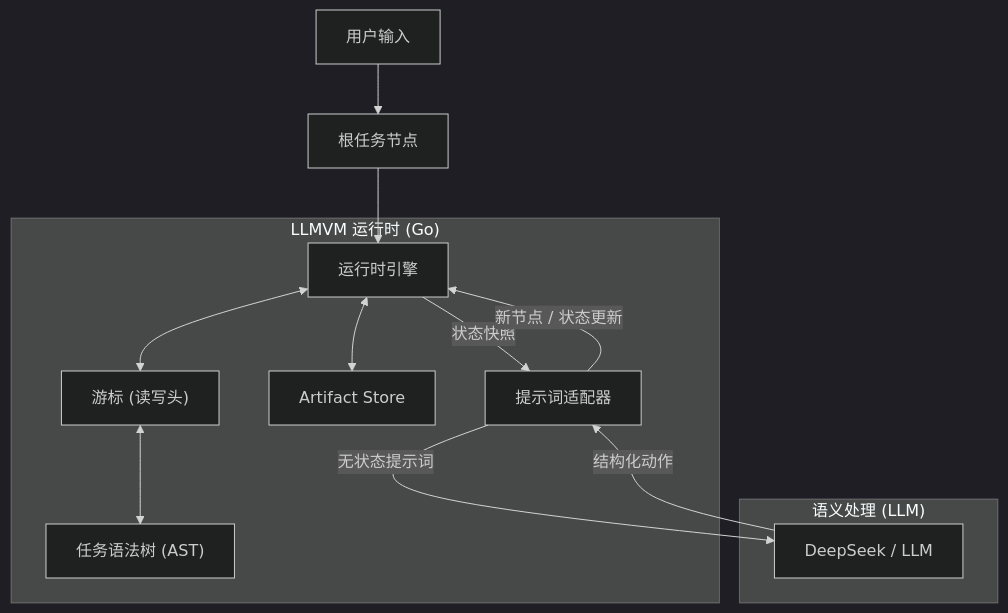
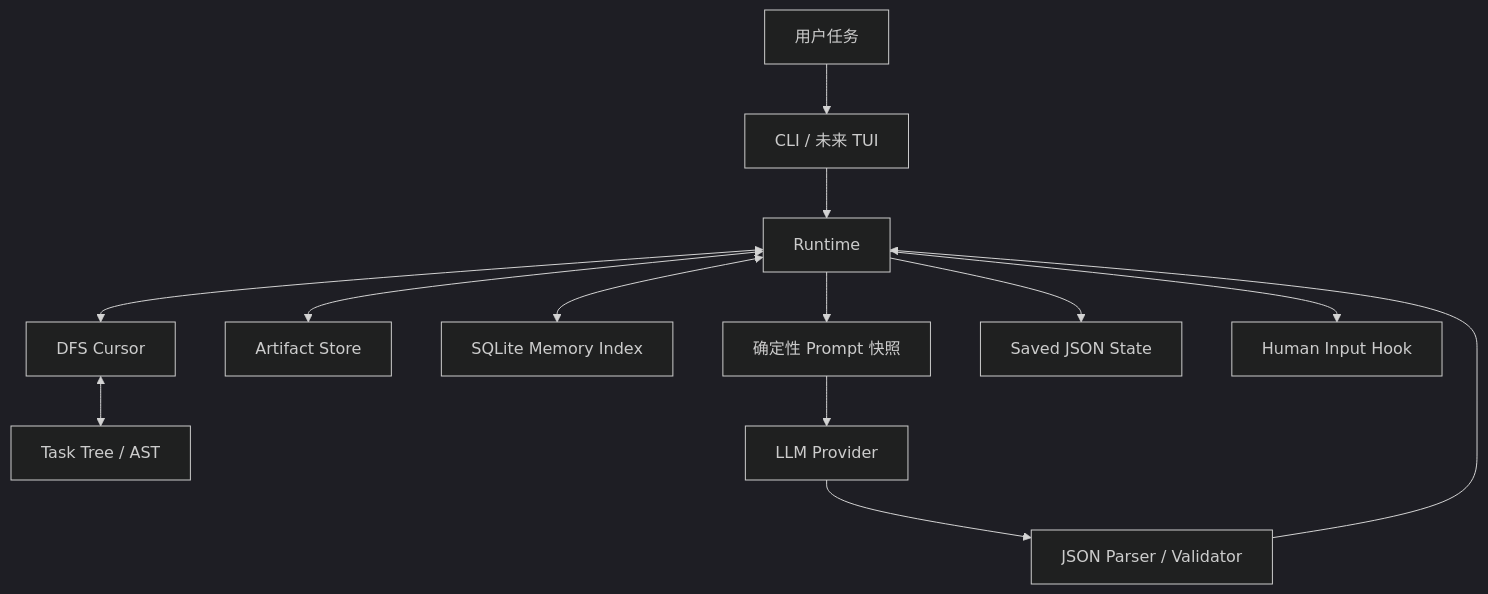
One commit to Steve65535/llmvm changed the diagram in README_CN.md. Above: the diagram before and after it, drawn with Mermaid (dark theme). The commit also changed other lines of this file and 22 other files, not shown here.

````diff
--- a/README_CN.md
+++ b/README_CN.md
@@ -143,19 +186,18 @@
 ```mermaid
 graph TD
-    User["用户输入"] --> Root["根任务节点"]
-    Root --> Runtime["运行时引擎"]
+    User["用户任务"] --> CLI["CLI / 未来 TUI"]
+    CLI --> Runtime["Runtime"]
 
-    subgraph "LLMVM 运行时 (Go)"
-        Runtime <--> Cursor["游标 (读写头)"]
-        Cursor <--> TaskTree["任务语法树 (AST)"]
-        Runtime <--> ArtStore["Artifact Store"]
-        Runtime -- 状态快照 --> Adapter["提示词适配器"]
-    end
+    Runtime <--> Cursor["DFS Cursor"]
+    Cursor <--> Tree["Task Tree / AST"]
+    Runtime <--> Artifacts["Artifact Store"]
+    Runtime <--> Memory["SQLite Memory Index"]
+    Runtime --> Prompt["确定性 Prompt 快照"]
 
-    subgraph "语义处理 (LLM)"
-        Adapter -- 无状态提示词 --> LLM["DeepSeek / LLM"]
-        LLM -- 结构化动作 --> Adapter
-    end
+    Prompt --> LLM["LLM Provider"]
+    LLM --> Parser["JSON Parser / Validator"]
+    Parser --> Runtime
 
-    Adapter -- "新节点 / 状态更新" --> Runtime
+    Runtime --> State["Saved JSON State"]
+    Runtime --> Human["Human Input Hook"]
 ```
````
